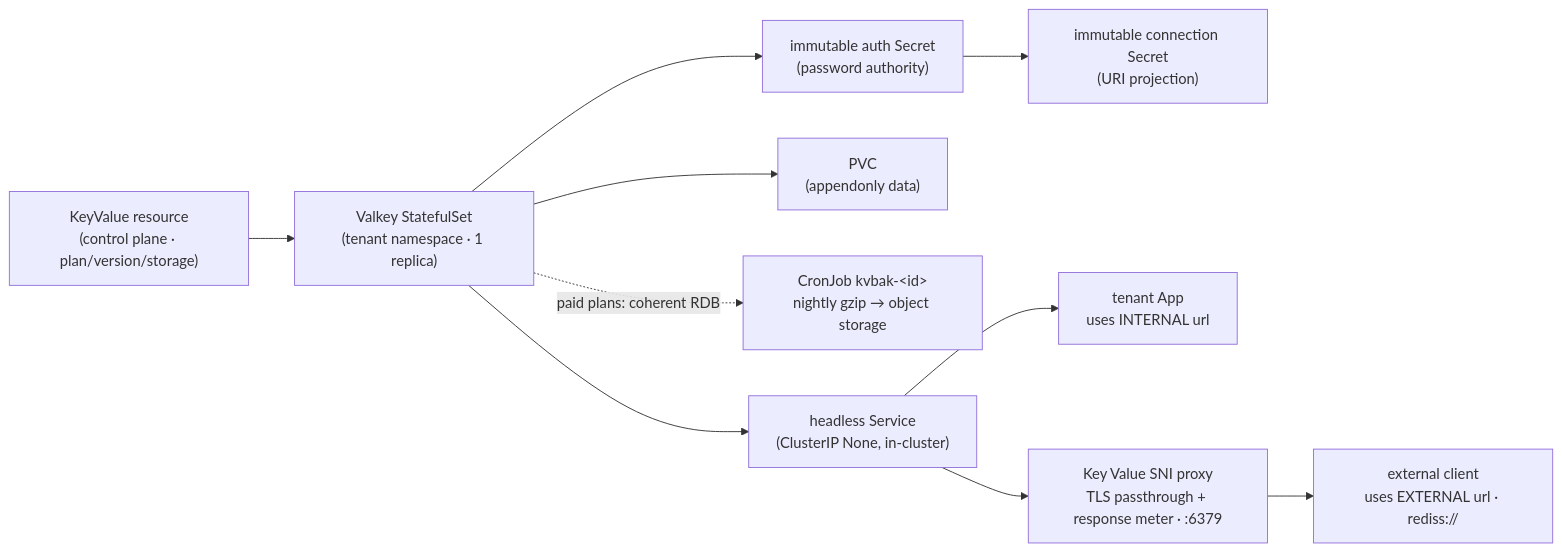
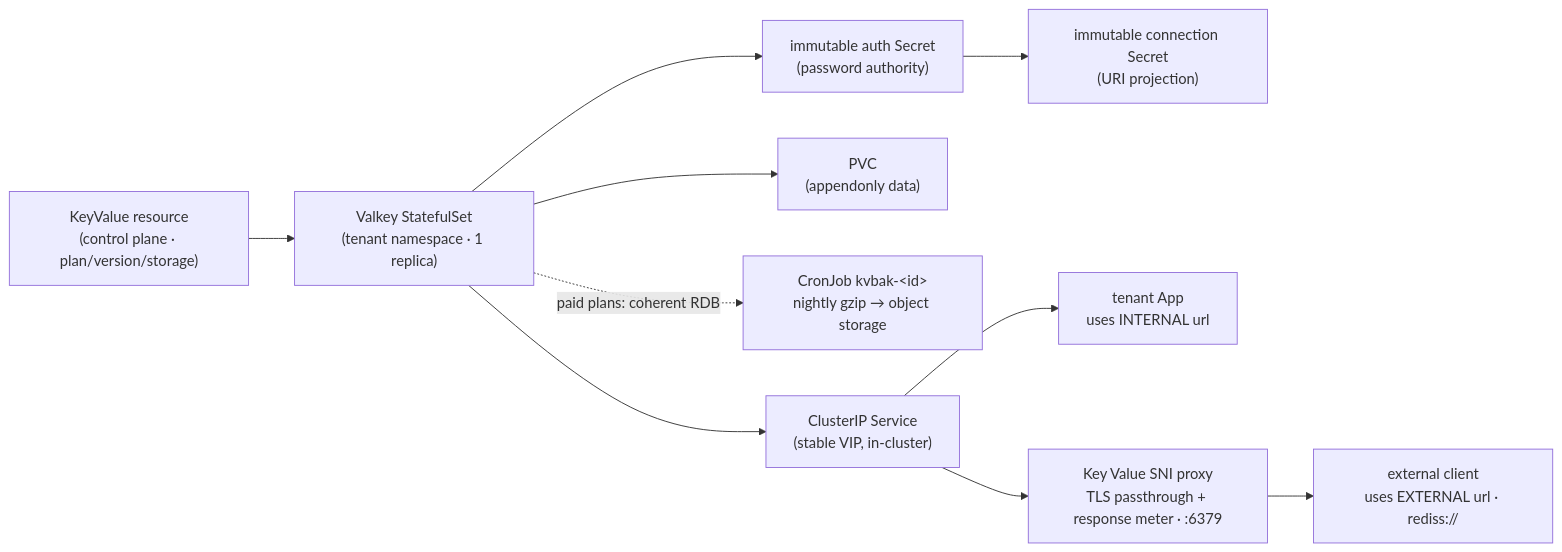
Before and after one commit to bex-co/bex: the diagram in docs/ADR021-keyvalue-management.md, drawn with Mermaid. The commit also changed other lines of this file and 15 other files, not shown here.

````diff
--- a/docs/ADR021-keyvalue-management.md
+++ b/docs/ADR021-keyvalue-management.md
@@ -15,12 +15,12 @@
 ```mermaid
 flowchart LR
   kv["KeyValue resource<br/>(control plane · plan/version/storage)"] --> sts["Valkey StatefulSet<br/>(tenant namespace · 1 replica)"]
-  sts --> svc["headless Service<br/>(ClusterIP None, in-cluster)"]
+  sts --> svc["ClusterIP Service<br/>(stable VIP, in-cluster)"]
   sts --> pvc["PVC<br/>(appendonly data)"]
   sts -. "paid plans: coherent RDB" .-> backup["CronJob kvbak-&lt;id&gt;<br/>nightly gzip → object storage"]
   sts --> auth["immutable auth Secret<br/>(password authority)"]
   auth --> sec["immutable connection Secret<br/>(URI projection)"]
   svc --> appx["tenant App<br/>uses INTERNAL url"]
   svc --> tcp["Key Value SNI proxy<br/>TLS passthrough + response meter · :6379"]
   tcp --> ext["external client<br/>uses EXTERNAL url · rediss://"]
 ```
````
